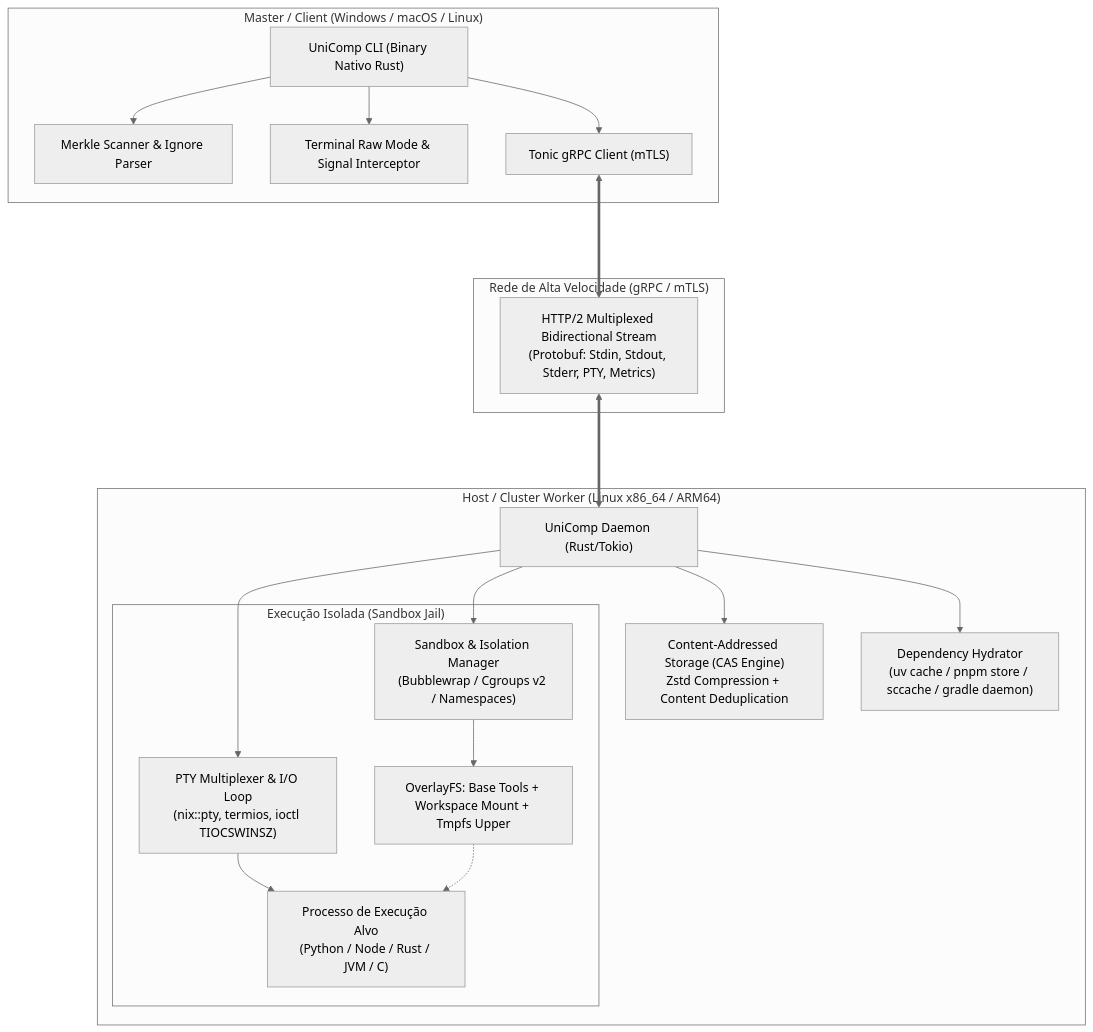
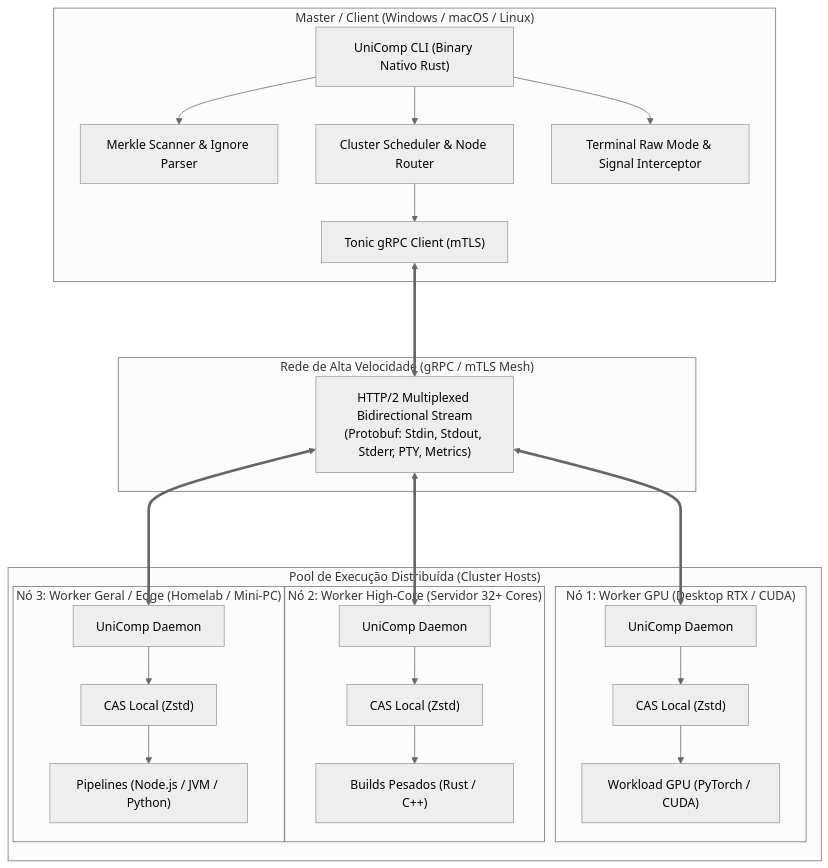
The second of 2 diagrams in TECHNICAL_DEEP_DIVE.md (MaxwellAt/UnifiedCompiler), drawn with Mermaid (neutral theme) before and after one commit. The commit also changed other lines of this file and 2 other files, not shown here.

Commit message:
docs: expand architecture diagrams to depict multi-node cluster pool
- Update README.md and README_EN.md with multi-host cluster topology
- Depict heterogeneous worker nodes: GPU (CUDA/PyTorch), High-Core (Rust/C++), and General/Edge
- Update TECHNICAL_DEEP_DIVE.md with cluster scheduler and multi-daemon mesh

````diff
--- a/TECHNICAL_DEEP_DIVE.md
+++ b/TECHNICAL_DEEP_DIVE.md
@@ -53,39 +53,46 @@
 ```mermaid
 graph TD
     subgraph "Master / Client (Windows / macOS / Linux)"
         CLI["UniComp CLI (Binary Nativo Rust)"]
         Scanner["Merkle Scanner & Ignore Parser"]
+        Scheduler["Cluster Scheduler & Node Router"]
         RawTerm["Terminal Raw Mode & Signal Interceptor"]
         GrpcClient["Tonic gRPC Client (mTLS)"]
         CLI --> Scanner
+        CLI --> Scheduler
+        Scheduler --> GrpcClient
         CLI --> RawTerm
-        CLI --> GrpcClient
     end
 
-    subgraph "Rede de Alta Velocidade (gRPC / mTLS)"
+    subgraph "Rede de Alta Velocidade (gRPC / mTLS Mesh)"
         StreamPipe["HTTP/2 Multiplexed Bidirectional Stream<br/>(Protobuf: Stdin, Stdout, Stderr, PTY, Metrics)"]
         GrpcClient <===> StreamPipe
     end
 
-    subgraph "Host / Cluster Worker (Linux x86_64 / ARM64)"
-        Daemon["UniComp Daemon (Rust/Tokio)"]
-        StreamPipe <===> Daemon
-        CasEngine["Content-Addressed Storage (CAS Engine)<br/>Zstd Compression + Content Deduplication"]
-        DepHydrator["Dependency Hydrator<br/>(uv cache / pnpm store / sccache / gradle daemon)"]
-        SandboxMgr["Sandbox & Isolation Manager<br/>(Bubblewrap / Cgroups v2 / Namespaces)"]
-        PtyMultiplexer["PTY Multiplexer & I/O Loop<br/>(nix::pty, termios, ioctl TIOCSWINSZ)"]
-        
-        Daemon --> CasEngine
-        Daemon --> DepHydrator
-        Daemon --> SandboxMgr
-        Daemon --> PtyMultiplexer
-        
-        subgraph "Execução Isolada (Sandbox Jail)"
-            Overlay["OverlayFS: Base Tools + Workspace Mount + Tmpfs Upper"]
-            TargetProc["Processo de Execução Alvo<br/>(Python / Node / Rust / JVM / C)"]
-            SandboxMgr --> Overlay
-            PtyMultiplexer --> TargetProc
-            Overlay -.-> TargetProc
+    subgraph "Pool de Execução Distribuída (Cluster Hosts)"
+        subgraph "Nó 1: Worker GPU (Desktop RTX / CUDA)"
+            Daemon1["UniComp Daemon"]
+            Cas1["CAS Local (Zstd)"]
+            Proc1["Workload GPU (PyTorch / CUDA)"]
+            Daemon1 --> Cas1 --> Proc1
+        end
+
+        subgraph "Nó 2: Worker High-Core (Servidor 32+ Cores)"
+            Daemon2["UniComp Daemon"]
+            Cas2["CAS Local (Zstd)"]
+            Proc2["Builds Pesados (Rust / C++)"]
+            Daemon2 --> Cas2 --> Proc2
+        end
+
+        subgraph "Nó 3: Worker Geral / Edge (Homelab / Mini-PC)"
+            Daemon3["UniComp Daemon"]
+            Cas3["CAS Local (Zstd)"]
+            Proc3["Pipelines (Node.js / JVM / Python)"]
+            Daemon3 --> Cas3 --> Proc3
         end
     end
+
+    StreamPipe <===> Daemon1
+    StreamPipe <===> Daemon2
+    StreamPipe <===> Daemon3
 ```
````
